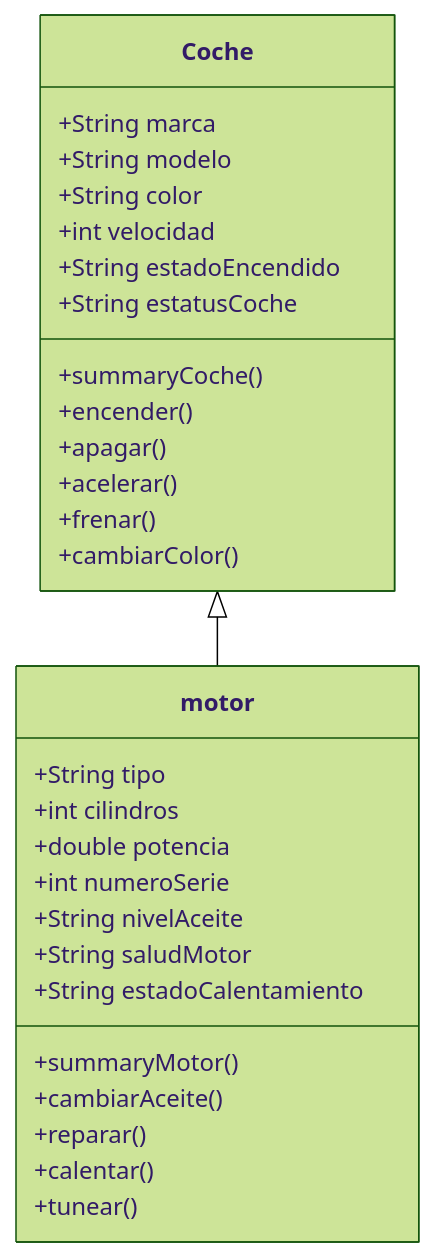
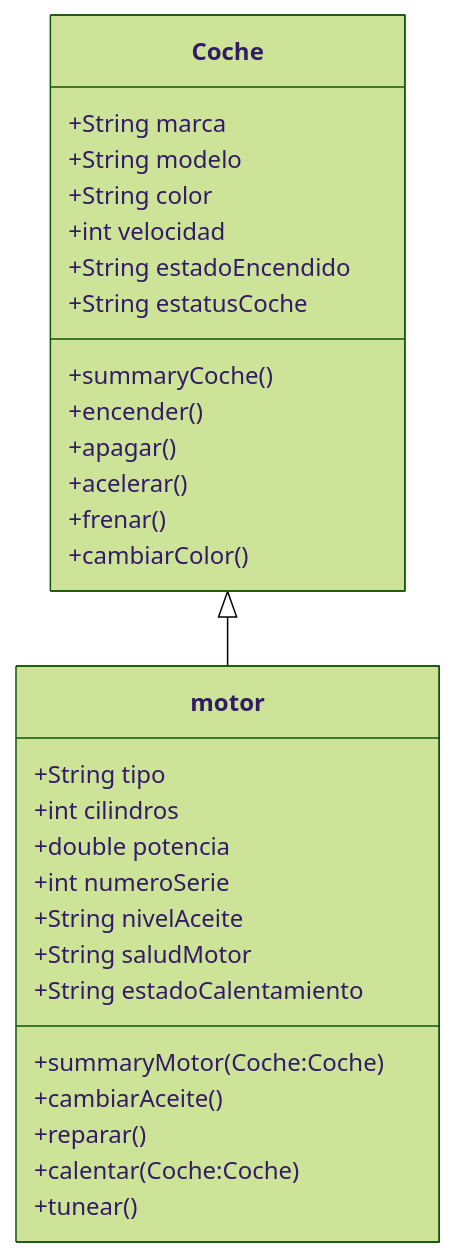
The diagram in actvidad1.md (riosisraelg/actividad1-LSTI2307), drawn with Mermaid (forest theme) before and after one commit. The commit also changed 1 other file, not shown here.

Commit message:
cambios en modelo

````diff
--- a/actvidad1.md
+++ b/actvidad1.md
@@ -4,33 +4,33 @@
 ```mermaid
 classDiagram
     class Coche {
         +String marca
         +String modelo
         +String color
         +int velocidad
         +String estadoEncendido
         +String estatusCoche
         +summaryCoche() 
         +encender()
         +apagar()
         +acelerar()
         +frenar()
         +cambiarColor()
     }
     class motor {
         +String tipo
         +int cilindros
         +double potencia
         +int numeroSerie
         +String nivelAceite
         +String saludMotor
         +String estadoCalentamiento
-        +summaryMotor()
+        +summaryMotor(Coche:Coche)
         +cambiarAceite()
         +reparar()
-        +calentar()
+        +calentar(Coche:Coche)
         +tunear()
     }
 
     Coche <|-- motor
 ```
````
